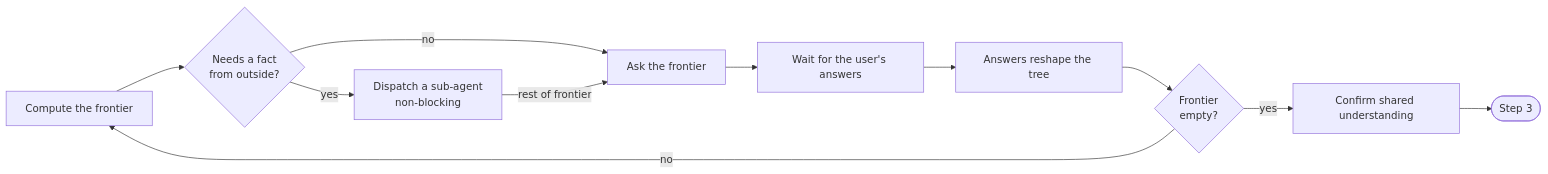
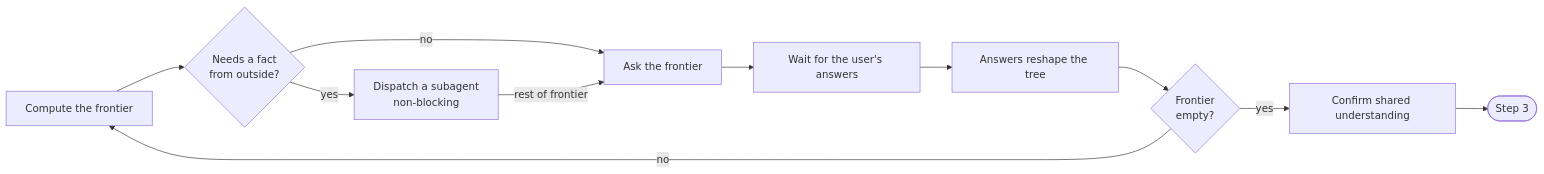
One commit to anhtrinh919/autobuild changed the diagram in skills/explore/SKILL.md. Above: the diagram before and after it, drawn with Mermaid. The commit also changed 5 other files, not shown here.

````diff
--- a/skills/explore/SKILL.md
+++ b/skills/explore/SKILL.md
@@ -61,13 +61,13 @@
 ```mermaid
 flowchart LR
     compute[Compute the frontier] --> fact{Needs a fact\nfrom outside?}
-    fact -->|yes| dispatch[Dispatch a sub-agent\nnon-blocking]
+    fact -->|yes| dispatch[Dispatch a subagent\nnon-blocking]
     fact -->|no| ask[Ask the frontier]
     dispatch -->|rest of frontier| ask
     ask --> wait[Wait for the user's answers]
     wait --> reshape[Answers reshape the tree]
     reshape --> empty{Frontier\nempty?}
     empty -->|no| compute
     empty -->|yes| confirm[Confirm shared understanding]
     confirm --> next([Step 3])
 ```
````
